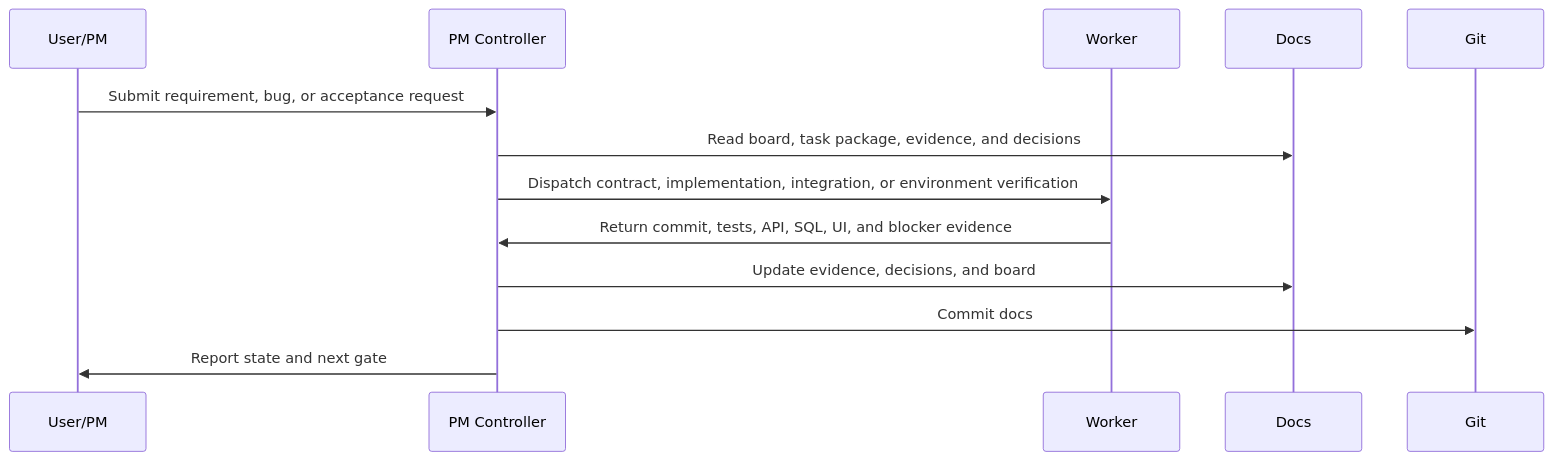
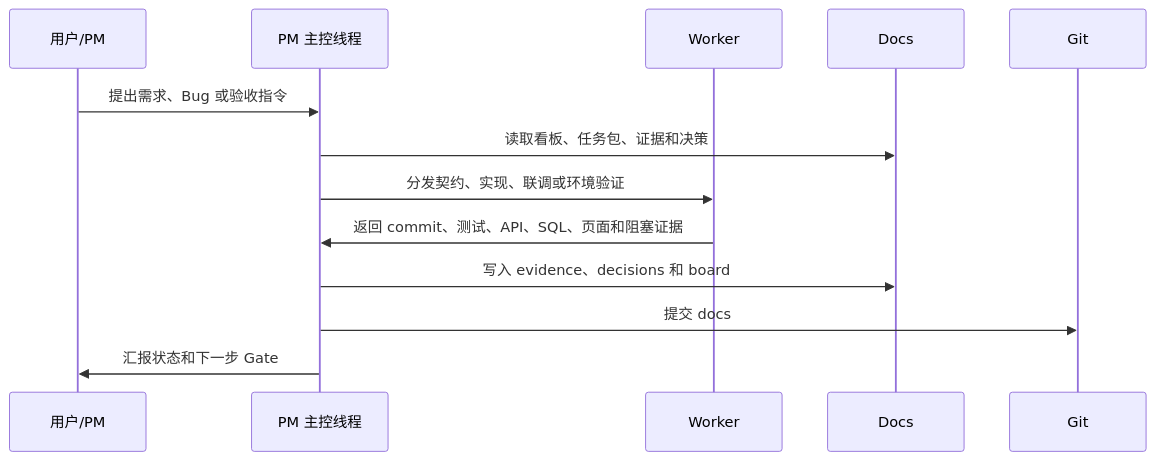
Before and after one commit to wz-gis/pm-dispatch-development: the fourth of 4 diagrams in README.md, drawn with Mermaid. The commit also changed other lines of this file and 2 other files, not shown here.

````diff
--- a/README.md
+++ b/README.md
@@ -712,16 +698,16 @@
 ```mermaid
 sequenceDiagram
-    participant User as User/PM
-    participant PM as PM Controller
+    participant User as 用户/PM
+    participant PM as PM 主控线程
     participant W as Worker
     participant Docs as Docs
     participant Git as Git
 
-    User->>PM: Submit requirement, bug, or acceptance request
-    PM->>Docs: Read board, task package, evidence, and decisions
-    PM->>W: Dispatch contract, implementation, integration, or environment verification
-    W->>PM: Return commit, tests, API, SQL, UI, and blocker evidence
-    PM->>Docs: Update evidence, decisions, and board
-    PM->>Git: Commit docs
-    PM->>User: Report state and next gate
+    User->>PM: 提出需求、Bug 或验收指令
+    PM->>Docs: 读取看板、任务包、证据和决策
+    PM->>W: 分发契约、实现、联调或环境验证
+    W->>PM: 返回 commit、测试、API、SQL、页面和阻塞证据
+    PM->>Docs: 写入 evidence、decisions 和 board
+    PM->>Git: 提交 docs
+    PM->>User: 汇报状态和下一步 Gate
 ```
````
